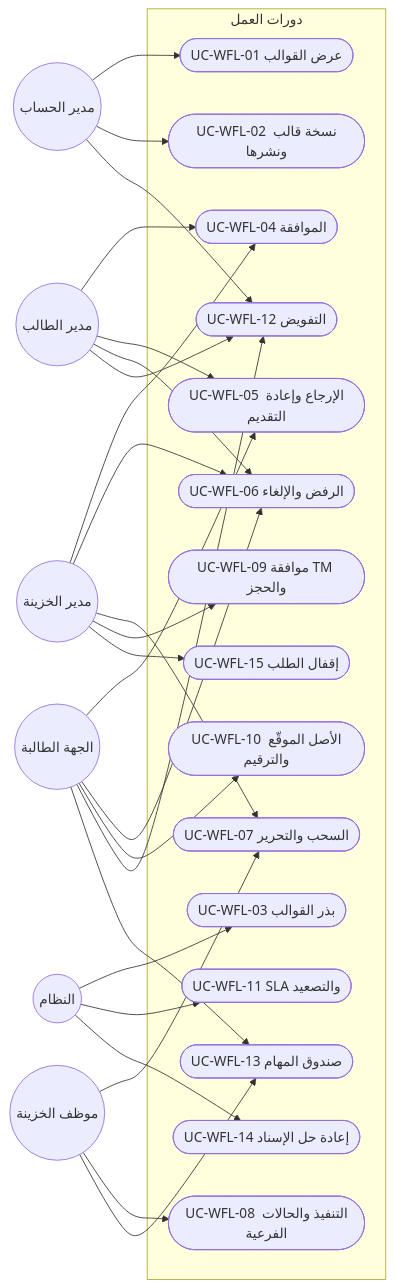
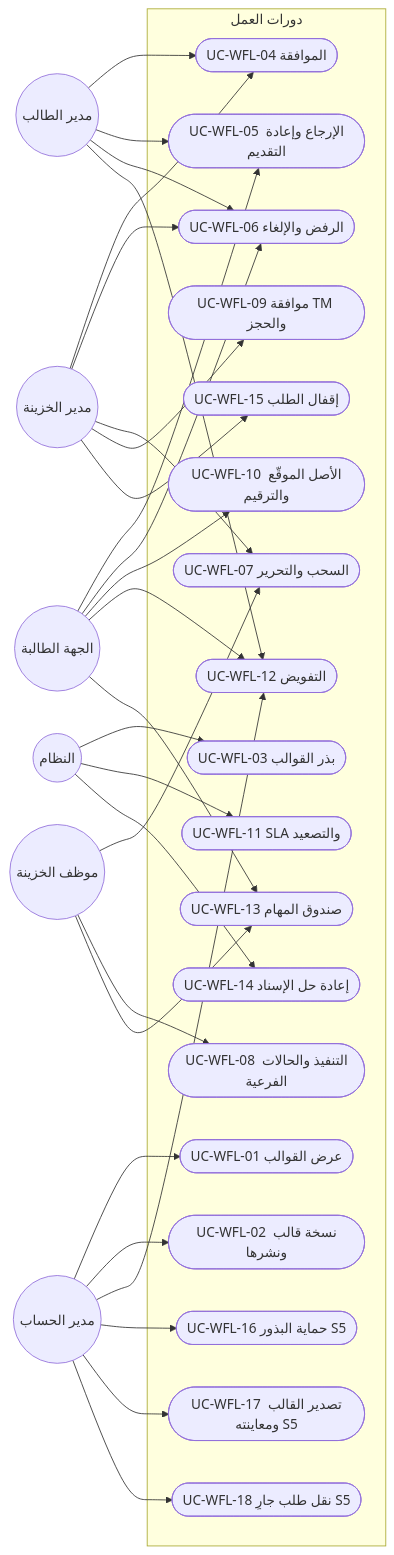
Before and after one commit to thawrasy/smartlines: the eighth of 13 diagrams in treasury-platform/docs/30-readiness/DOC-F09-use-case-catalogue-m2-m8.md, drawn with Mermaid. The commit also changed other lines of this file and 3 other files, not shown here.

````diff
--- a/treasury-platform/docs/30-readiness/DOC-F09-use-case-catalogue-m2-m8.md
+++ b/treasury-platform/docs/30-readiness/DOC-F09-use-case-catalogue-m2-m8.md
@@ -286,32 +288,35 @@
 ```mermaid
 flowchart LR
   RQ(("الجهة الطالبة"))
   RQM(("مدير الطالب"))
   TM(("مدير الخزينة"))
   TE(("موظف الخزينة"))
   TA(("مدير الحساب"))
   SYS(("النظام"))
   subgraph WFL["دورات العمل"]
     W01(["UC-WFL-01 عرض القوالب"])
     W02(["UC-WFL-02 نسخة قالب ونشرها"])
     W03(["UC-WFL-03 بذر القوالب"])
     W04(["UC-WFL-04 الموافقة"])
     W05(["UC-WFL-05 الإرجاع وإعادة التقديم"])
     W06(["UC-WFL-06 الرفض والإلغاء"])
     W07(["UC-WFL-07 السحب والتحرير"])
     W08(["UC-WFL-08 التنفيذ والحالات الفرعية"])
     W09(["UC-WFL-09 موافقة TM والحجز"])
     W10(["UC-WFL-10 الأصل الموقّع والترقيم"])
     W11(["UC-WFL-11 SLA والتصعيد"])
     W12(["UC-WFL-12 التفويض"])
     W13(["UC-WFL-13 صندوق المهام"])
     W14(["UC-WFL-14 إعادة حل الإسناد"])
     W15(["UC-WFL-15 إقفال الطلب"])
+    W16(["UC-WFL-16 حماية البذور S5"])
+    W17(["UC-WFL-17 تصدير القالب ومعاينته S5"])
+    W18(["UC-WFL-18 نقل طلب جارٍ S5"])
   end
   RQ --> W05 & W06 & W10 & W12 & W13
   RQM --> W04 & W05 & W06 & W12
   TM --> W04 & W06 & W07 & W09 & W15
   TE --> W07 & W08 & W13
-  TA --> W01 & W02 & W12
+  TA --> W01 & W02 & W12 & W16 & W17 & W18
   SYS --> W03 & W11 & W14
 ```
````
